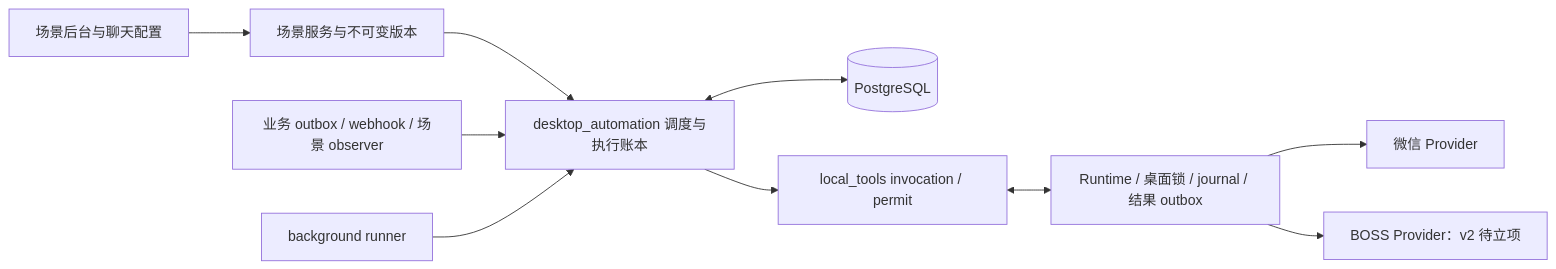
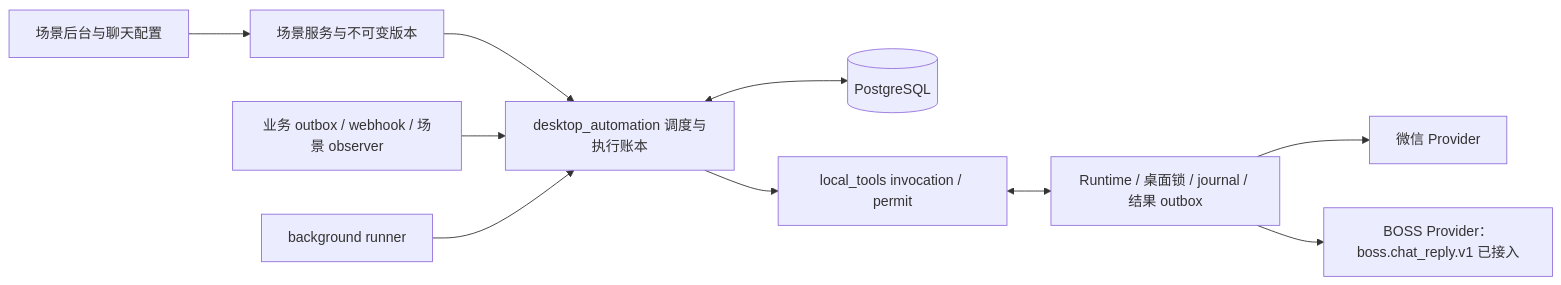
The diagram in docs/design/desktop-automation/desktop-cli-automation-design.md (ethynic/aid-work-agent), drawn with Mermaid before and after one commit. The commit also changed other lines of this file and 12 other files, not shown here.

````diff
--- a/docs/design/desktop-automation/desktop-cli-automation-design.md
+++ b/docs/design/desktop-automation/desktop-cli-automation-design.md
@@ -25,12 +25,12 @@
 ```mermaid
 flowchart LR
   UI[场景后台与聊天配置] --> SC[场景服务与不可变版本]
   SC --> BASE[desktop_automation 调度与执行账本]
   EVT[业务 outbox / webhook / 场景 observer] --> BASE
   TICK[background runner] --> BASE
   BASE <--> DB[(PostgreSQL)]
   BASE --> LOCAL[local_tools invocation / permit]
   LOCAL <--> RT[Runtime / 桌面锁 / journal / 结果 outbox]
   RT --> WX[微信 Provider]
-  RT --> BOSS[BOSS Provider：v2 待立项]
+  RT --> BOSS[BOSS Provider：boss.chat_reply.v1 已接入]
 ```
````
